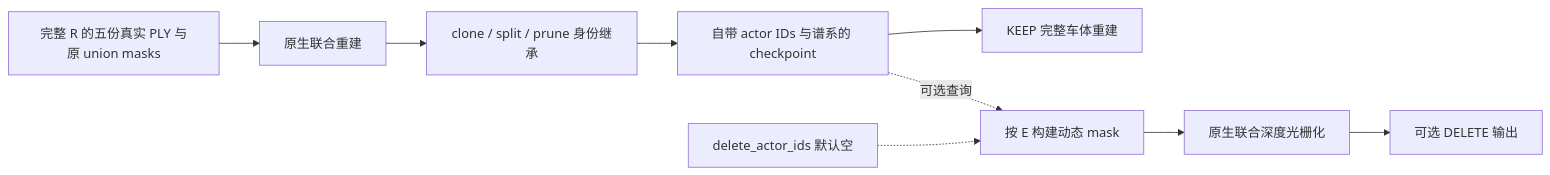
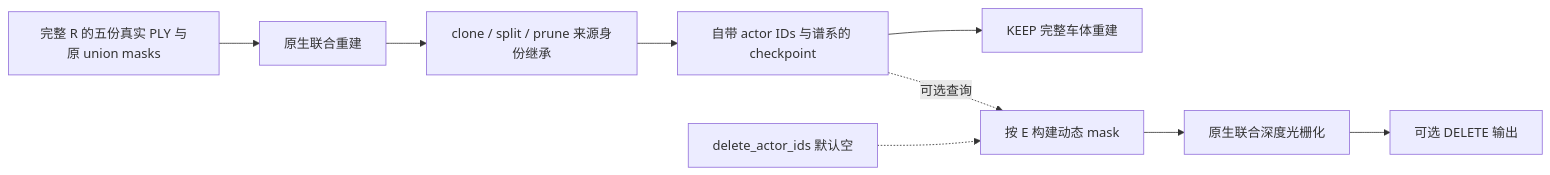
The first of 3 diagrams in scripts/worldsim_v82/drivingeditor_dynamic_edit/README.md (yunlongdeng123/Motion-Proj), drawn with Mermaid before and after one commit. The commit also changed other lines of this file and 926 other files, not shown here.

````diff
--- a/scripts/worldsim_v82/drivingeditor_dynamic_edit/README.md
+++ b/scripts/worldsim_v82/drivingeditor_dynamic_edit/README.md
@@ -5,11 +5,11 @@
 ```mermaid
 flowchart LR
   I[完整 R 的五份真实 PLY 与原 union masks] --> T[原生联合重建]
-  T --> P[clone / split / prune 身份继承]
+  T --> P[clone / split / prune 来源身份继承]
   P --> C[自带 actor IDs 与谱系的 checkpoint]
   C --> K[KEEP 完整车体重建]
   C -. 可选查询 .-> F[按 E 构建动态 mask]
   Q[delete_actor_ids 默认空] -.-> F
   F --> R[原生联合深度光栅化]
   R --> D[可选 DELETE 输出]
 ```
````
